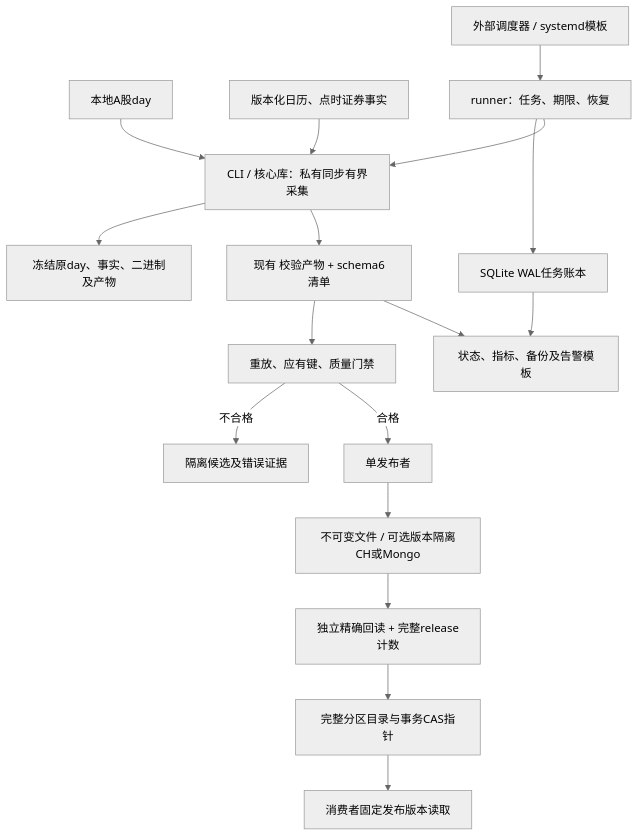
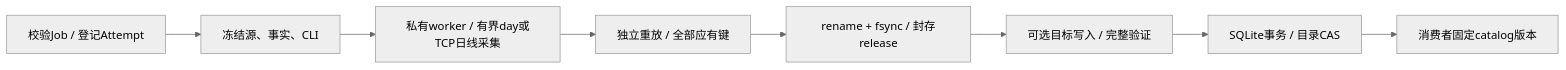
One commit to jelven007/rustdx changed the diagram in docs/architecture/PRODUCTION_FUSION_PLAN.md. Above: the diagram before and after it, drawn with Mermaid (neutral theme). The commit also changed other lines of this file and 25839 other files, not shown here.

````diff
--- a/docs/architecture/PRODUCTION_FUSION_PLAN.md
+++ b/docs/architecture/PRODUCTION_FUSION_PLAN.md
@@ -46,19 +28,10 @@
 ```mermaid
-flowchart TB
-    SOURCE["本地A股day"] --> COLLECT
-    FACT["版本化日历、点时证券事实"] --> COLLECT
-    SCHED["外部调度器 / systemd模板"] --> RUNNER["runner：任务、期限、恢复"]
-    RUNNER --> LEDGER["SQLite WAL任务账本"]
-    RUNNER --> COLLECT["CLI / 核心库：私有同步有界采集"]
-    COLLECT --> RAW["冻结原day、事实、二进制及产物"]
-    COLLECT --> ART["现有 校验产物 + schema6清单"]
-    ART --> GATE["重放、应有键、质量门禁"]
-    GATE -->|不合格| QUAR["隔离候选及错误证据"]
-    GATE -->|合格| PUB["单发布者"]
-    PUB --> STORE["不可变文件 / 可选版本隔离CH或Mongo"]
-    STORE --> CHECK["独立精确回读 + 完整release计数"]
-    CHECK --> CAT["完整分区目录与事务CAS指针"]
-    CAT --> READ["消费者固定发布版本读取"]
-    LEDGER --> OPS["状态、指标、备份及告警模板"]
-    ART --> OPS
+flowchart LR
+    Job["校验Job / 登记Attempt"] --> Freeze["冻结源、事实、CLI"]
+    Freeze --> Worker["私有worker / 有界day或TCP日线采集"]
+    Worker --> Verify["独立重放 / 全部应有键"]
+    Verify --> Seal["rename + fsync / 封存release"]
+    Seal --> DB["可选目标写入 / 完整验证"]
+    DB --> Catalog["SQLite事务 / 目录CAS"]
+    Catalog --> Reader["消费者固定catalog版本"]
 ```
````
